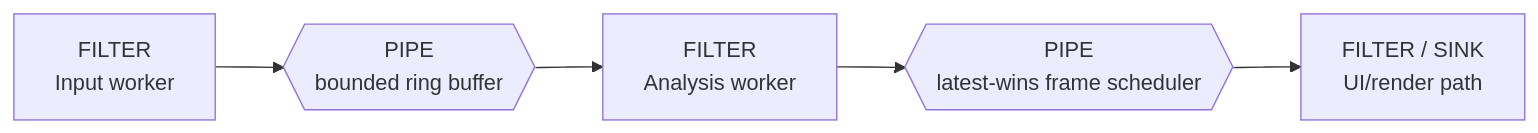
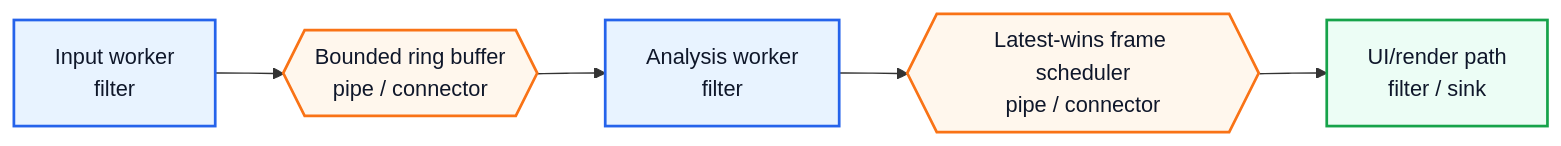
Before and after one commit to lgcmu2026-team5/TimeGrapher-Docs: the first of 2 diagrams in TempDocs/JD/ADR-002A-partial-pipe-and-filter-defensive.ko.md, drawn with Mermaid. The commit also changed other lines of this file, not shown here.

First line of the commit message:
docs(jd): finalize worker-level pipe-and-filter ADR

````diff
--- a/TempDocs/JD/ADR-002A-partial-pipe-and-filter-defensive.ko.md
+++ b/TempDocs/JD/ADR-002A-partial-pipe-and-filter-defensive.ko.md
@@ -11,10 +11,14 @@
 ```mermaid
 flowchart LR
-    input["FILTER<br/>Input worker"]
-    ring{{"PIPE<br/>bounded ring buffer"}}
-    analysis["FILTER<br/>Analysis worker"]
-    scheduler{{"PIPE<br/>latest-wins frame scheduler"}}
-    ui["FILTER / SINK<br/>UI/render path"]
+    classDef filter fill:#e8f3ff,stroke:#2563eb,stroke-width:2px,color:#0f172a;
+    classDef pipe fill:#fff7ed,stroke:#f97316,stroke-width:2px,color:#0f172a;
+    classDef sink fill:#ecfdf5,stroke:#16a34a,stroke-width:2px,color:#0f172a;
+
+    input["Input worker<br/>filter"]:::filter
+    ring{{"Bounded ring buffer<br/>pipe / connector"}}:::pipe
+    analysis["Analysis worker<br/>filter"]:::filter
+    scheduler{{"Latest-wins frame scheduler<br/>pipe / connector"}}:::pipe
+    ui["UI/render path<br/>filter / sink"]:::sink
 
     input --> ring --> analysis --> scheduler --> ui
 ```
````
